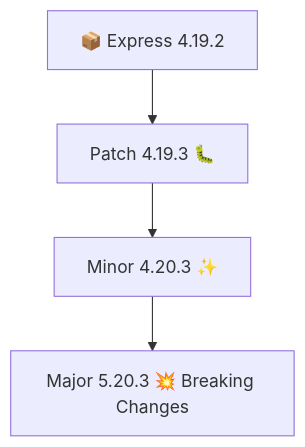
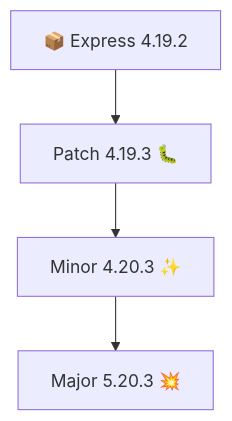
One commit to Ophidev/Node_js-Notes changed the second of 3 diagrams in Season2 Notes/LearningApi's/notes.md. Above: the diagram before and after it, drawn with Mermaid. The commit also changed other lines of this file and 18 other files, not shown here.

Commit message:
Updating old notes and Starting with Data Sanitization and Schema validation

````diff
--- a/Season2 Notes/LearningApi's/notes.md
+++ b/Season2 Notes/LearningApi's/notes.md
@@ -140,6 +198,6 @@
 ```mermaid
 flowchart TD
    A[📦 Express 4.19.2] --> B[Patch 4.19.3 🐛]
    B --> C[Minor 4.20.3 ✨]
-   C --> D[Major 5.20.3 💥 Breaking Changes]
+   C --> D[Major 5.20.3 💥]
 ```
````
